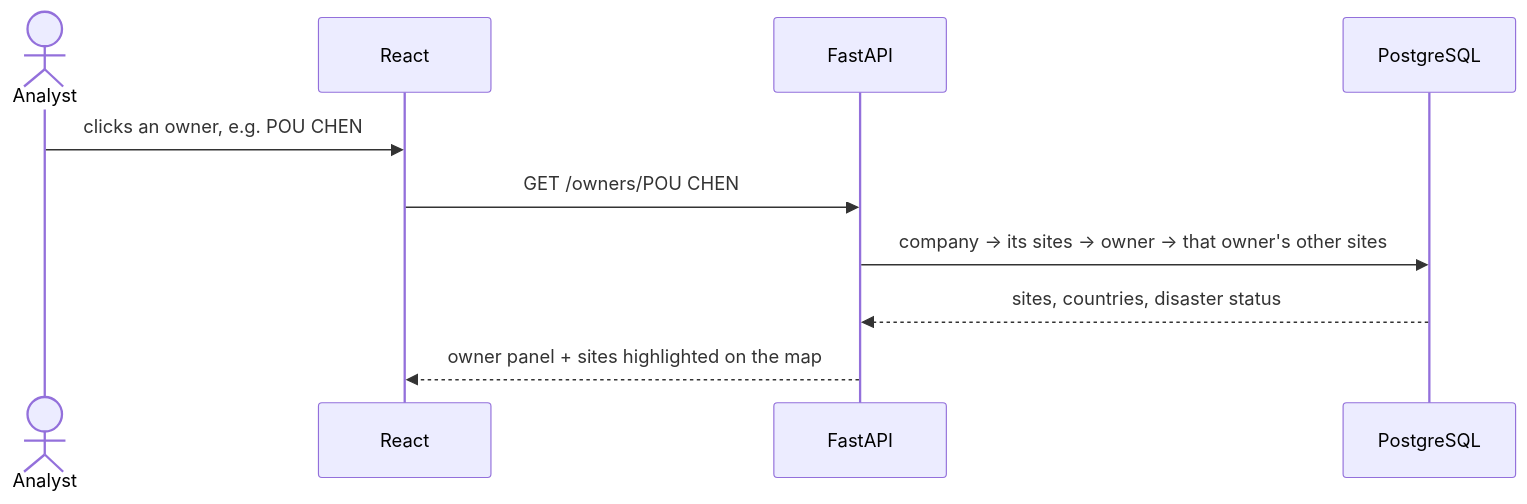
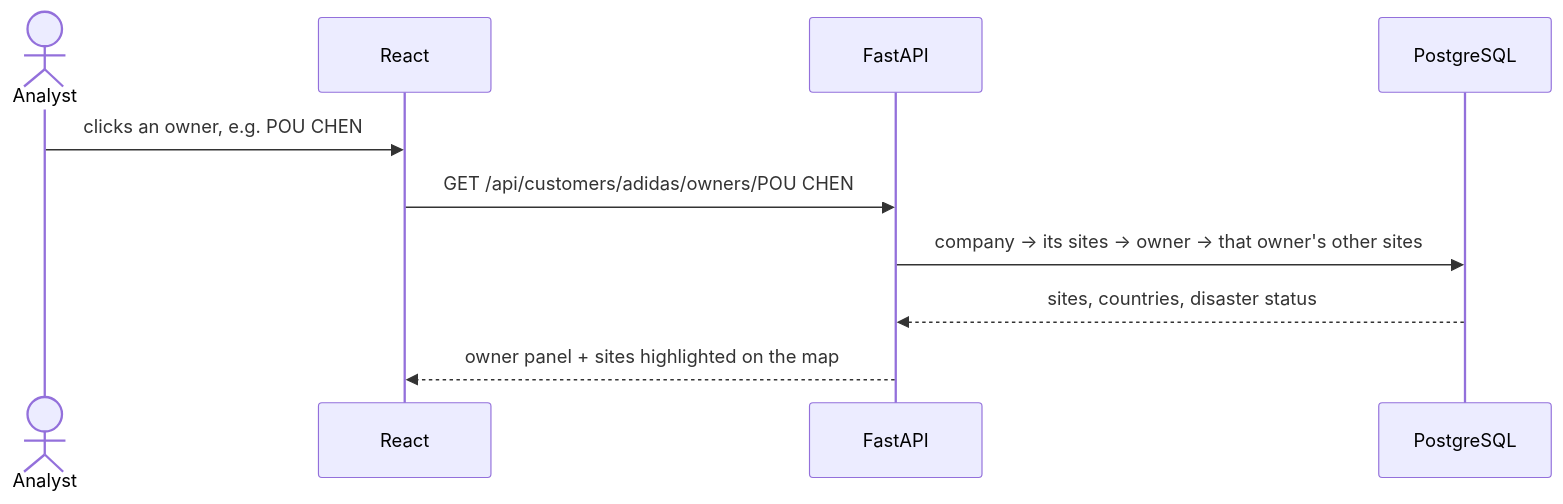
The third of 4 diagrams in docs/architecture/ARCHITECTURE.md (abhifourkites/geo-risk.ai), drawn with Mermaid before and after one commit. The commit also changed other lines of this file and 3 other files, not shown here.

````diff
--- a/docs/architecture/ARCHITECTURE.md
+++ b/docs/architecture/ARCHITECTURE.md
@@ -111,12 +130,12 @@
 ```mermaid
 sequenceDiagram
   actor U as Analyst
   participant UI as React
   participant API as FastAPI
   participant DB as PostgreSQL
   U->>UI: clicks an owner, e.g. POU CHEN
-  UI->>API: GET /owners/POU CHEN
+  UI->>API: GET /api/customers/adidas/owners/POU CHEN
   API->>DB: company -> its sites -> owner -> that owner's other sites
   DB-->>API: sites, countries, disaster status
   API-->>UI: owner panel + sites highlighted on the map
 ```
````
